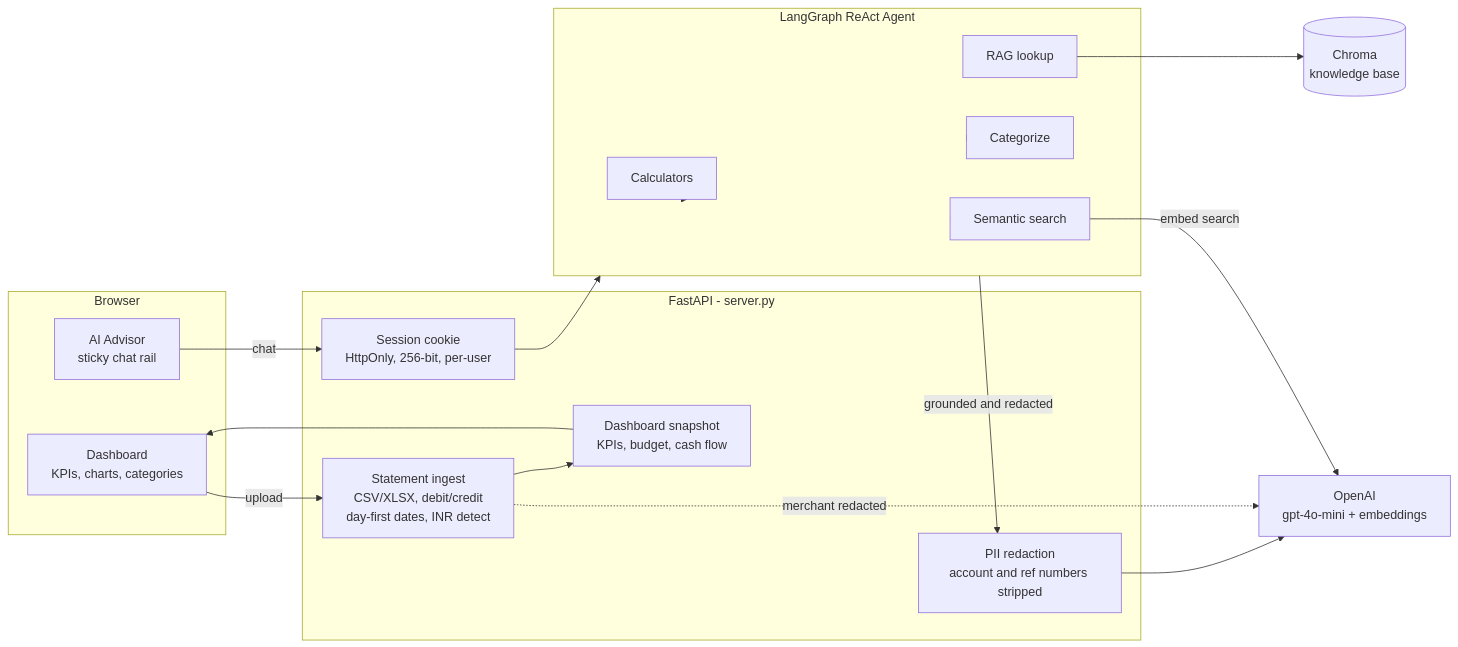
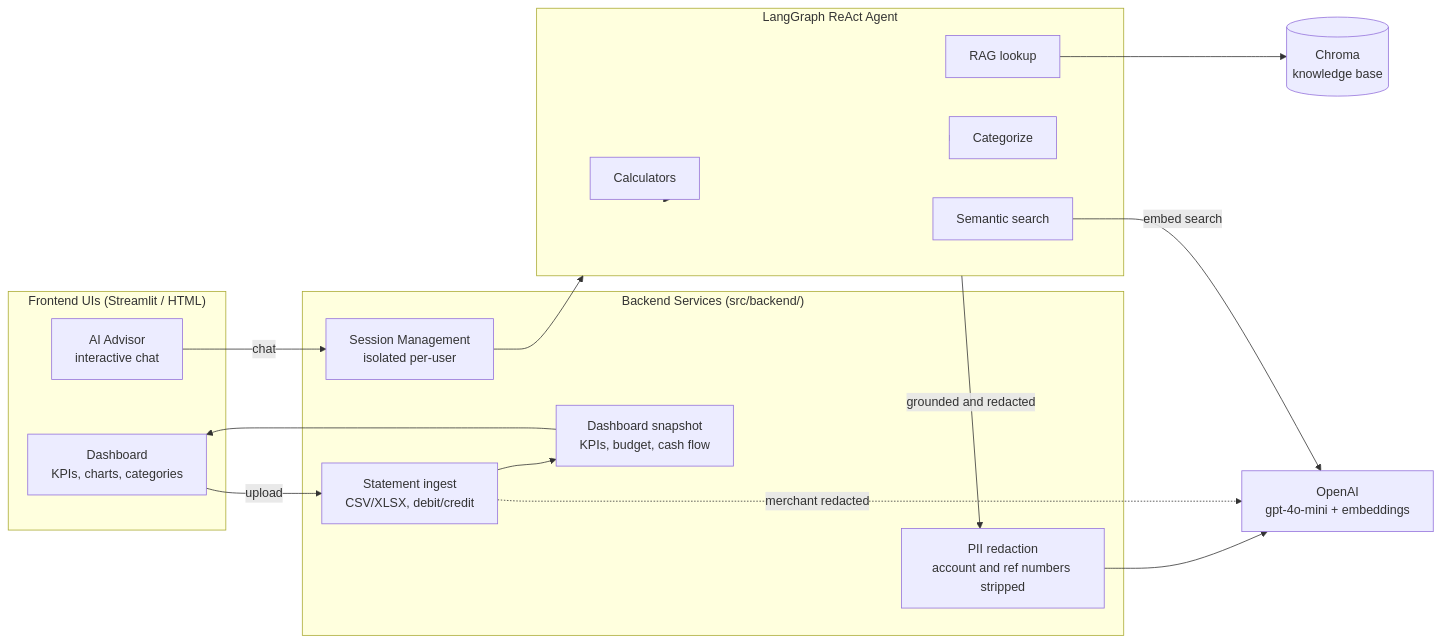
The diagram in README.md (avijain1412/WealthWise-AI), drawn with Mermaid before and after one commit. The commit also changed other lines of this file, not shown here.

````diff
--- a/README.md
+++ b/README.md
@@ -59,39 +59,39 @@
 ```mermaid
 flowchart LR
-    subgraph Browser
+    subgraph Client["Frontend UIs (Streamlit / HTML)"]
         UI["Dashboard<br/>KPIs, charts, categories"]
-        Chat["AI Advisor<br/>sticky chat rail"]
+        Chat["AI Advisor<br/>interactive chat"]
     end
 
-    subgraph Server["FastAPI - server.py"]
-        Session["Session cookie<br/>HttpOnly, 256-bit, per-user"]
-        Ingest["Statement ingest<br/>CSV/XLSX, debit/credit<br/>day-first dates, INR detect"]
+    subgraph Backend["Backend Services (src/backend/)"]
+        Session["Session Management<br/>isolated per-user"]
+        Ingest["Statement ingest<br/>CSV/XLSX, debit/credit"]
         Redact["PII redaction<br/>account and ref numbers stripped"]
         Snapshot["Dashboard snapshot<br/>KPIs, budget, cash flow"]
     end
 
     subgraph Brain["LangGraph ReAct Agent"]
         T1["Calculators"]
         T2["RAG lookup"]
         T3["Categorize"]
         T4["Semantic search"]
     end
 
     OpenAI["OpenAI<br/>gpt-4o-mini + embeddings"]
     Chroma[("Chroma<br/>knowledge base")]
 
     UI -->|upload| Ingest
     Ingest --> Snapshot
     Snapshot --> UI
     Chat -->|chat| Session
     Session --> Brain
     Brain --> T1
     Brain --> T2
     Brain --> T3
     Brain --> T4
     Brain -->|grounded and redacted| Redact
     Redact --> OpenAI
     Ingest -.->|merchant redacted| OpenAI
     T2 --> Chroma
     T4 -->|embed search| OpenAI
 ```
````
